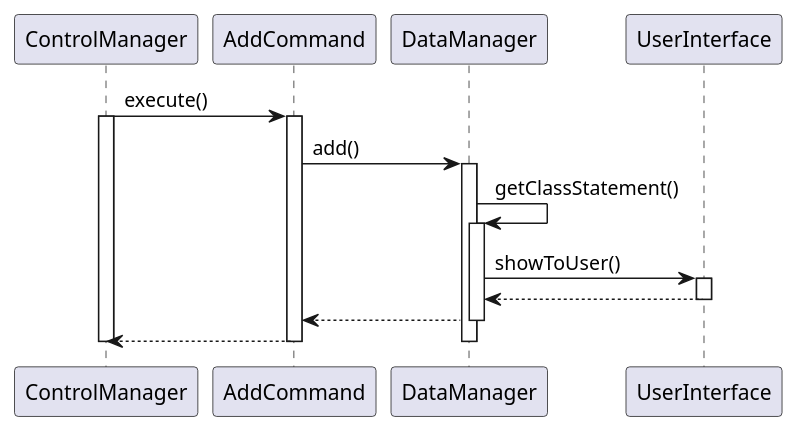
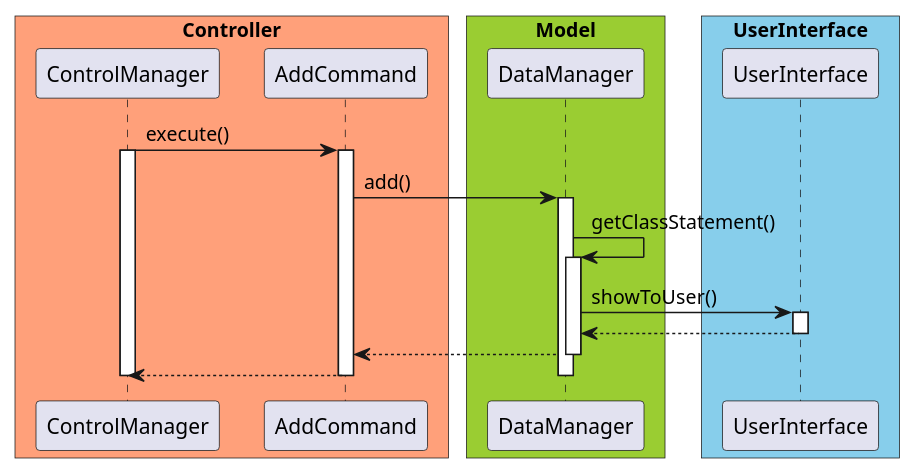
Before and after one commit to untitle4/tp: the diagram in docs/diagram/Add.puml, drawn with PlantUML. The commit also changed 12 other files, not shown here.

Commit message:
Update uml diagrams to support colors

```diff
--- a/docs/diagram/Add.puml
+++ b/docs/diagram/Add.puml
@@ -1,21 +1,38 @@
 @startuml
+
+skinparam ParticipantPadding 10
+skinparam BoxPadding 5
+
+box "Controller" #LightSalmon
+participant ControlManager
+participant AddCommand
+end box
+
+box "Model" #YellowGreen
+participant DataManager
+end box
+
+box "UserInterface" #skyblue
+participant UserInterface
+end box
+
 ControlManager -> AddCommand: execute()
 activate ControlManager
 
 activate AddCommand
 AddCommand -> DataManager: add()
 activate DataManager
 DataManager -> DataManager: getClassStatement()
 activate DataManager
 DataManager -> UserInterface: showToUser()
 activate UserInterface
 UserInterface --> DataManager
 deactivate UserInterface
 DataManager --> AddCommand
 deactivate DataManager
 AddCommand --> ControlManager
 deactivate AddCommand
 deactivate DataManager
 
 deactivate ControlManager
 @enduml
```
